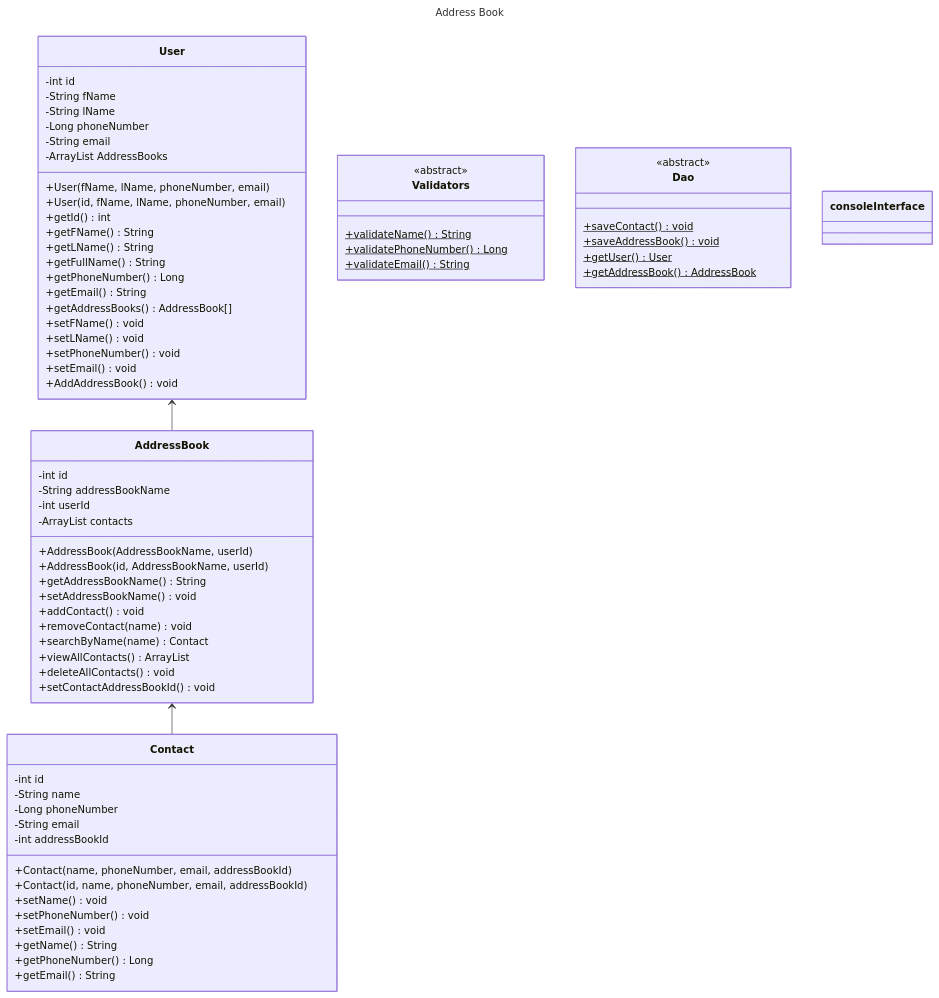
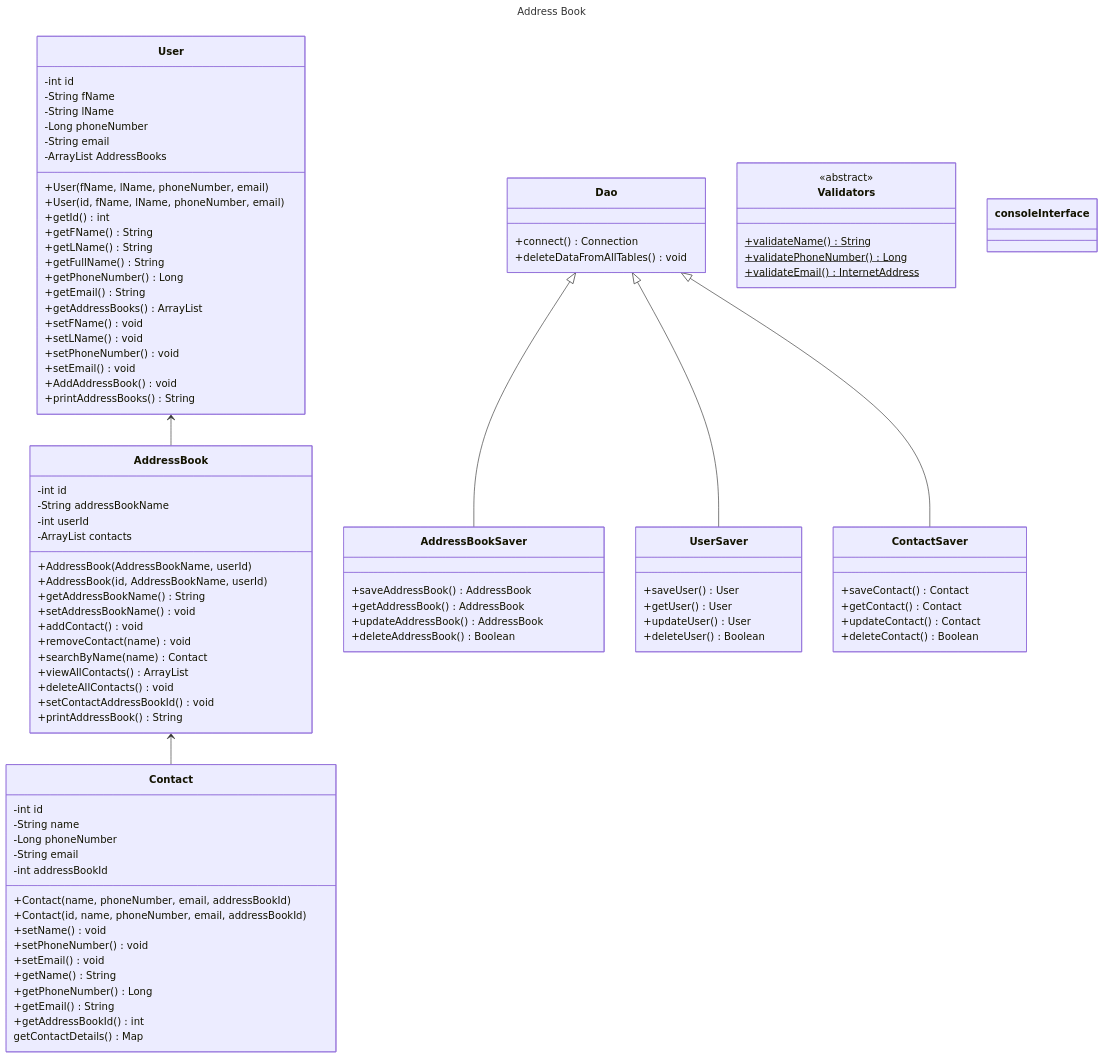
Before and after one commit to Max-Hutchings/DF-Address-Book--Java--Independent-Challenge: the diagram in docs/domain-models-test-plan.md, drawn with Mermaid. The commit also changed 6 other files, not shown here.

Commit message:
Updated Class Diagram with changes

```diff
--- a/docs/domain-models-test-plan.md
+++ b/docs/domain-models-test-plan.md
@@ -13,6 +13,9 @@
     direction TB
     User <-- AddressBook
     AddressBook <-- Contact
+    Dao <|-- AddressBookSaver
+    Dao <|-- UserSaver
+    Dao <|-- ContactSaver
     
     class User{
         -int id
@@ -30,12 +33,13 @@
         +getFullName() String
         +getPhoneNumber() Long
         +getEmail() String
-        +getAddressBooks() AddressBook[]
+        +getAddressBooks() ArrayList<AddressBook>
         +setFName() void
         +setLName() void
         +setPhoneNumber() void
         +setEmail() void
         +AddAddressBook() void
+        +printAddressBooks() String
     }
     
     class AddressBook{
@@ -54,6 +58,7 @@
         +viewAllContacts() ArrayList<Contacts>
         +deleteAllContacts() void
         +setContactAddressBookId() void
+        +printAddressBook() String
         
  }
  
@@ -72,6 +77,8 @@
         +getName() String
         +getPhoneNumber() Long
         +getEmail() String
+        +getAddressBookId() int
+        getContactDetails() Map<String, String>
         
     }
     
@@ -79,15 +86,34 @@
         <<abstract>>
         +validateName()$ String
         +validatePhoneNumber()$ Long
-        +validateEmail()$ String
+        +validateEmail()$ InternetAddress
     }
     
     class Dao{
-        <<abstract>>
-        +saveContact()$ void
-        +saveAddressBook()$ void
-        +getUser()$ User
-        +getAddressBook()$ AddressBook
+        
+        +connect() Connection
+        +deleteDataFromAllTables() void
+    }
+    
+    class AddressBookSaver {
+        +saveAddressBook() AddressBook
+        +getAddressBook() AddressBook
+        +updateAddressBook() AddressBook
+        +deleteAddressBook() Boolean
+    }
+    
+    class UserSaver {
+        +saveUser() User
+        +getUser() User
+        +updateUser() User
+        +deleteUser() Boolean
+    }
+    
+    class ContactSaver {
+        +saveContact() Contact
+        +getContact() Contact
+        +updateContact() Contact
+        +deleteContact() Boolean
     }
     
     class consoleInterface{
```
